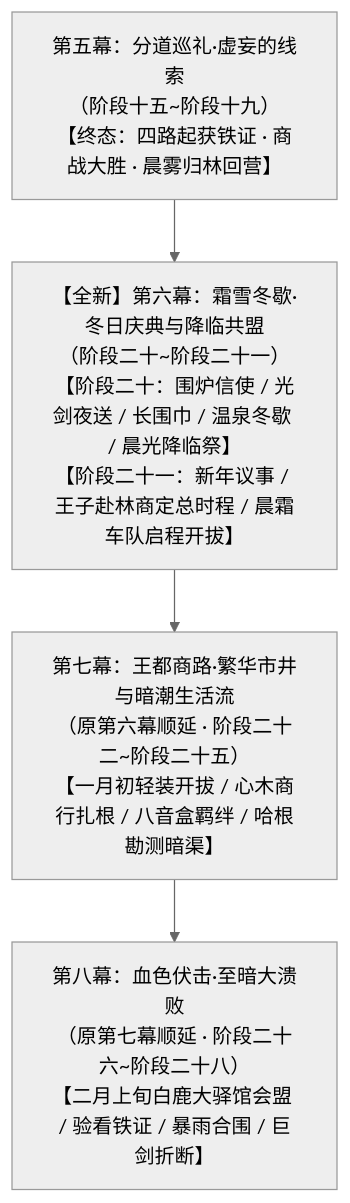
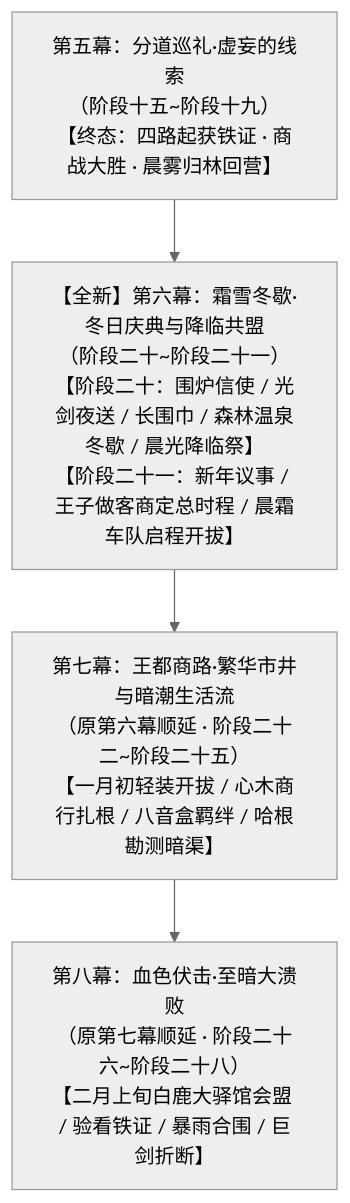
Before and after one commit to soranokiseki1437/eldoria-worldbook: the diagram in 方案/第二部/临时方案_全新第六幕_霜雪冬歇与降临共盟_总体规划方案.md, drawn with Mermaid (neutral theme). The commit also changed other lines of this file, not shown here.

````diff
--- a/方案/第二部/临时方案_全新第六幕_霜雪冬歇与降临共盟_总体规划方案.md
+++ b/方案/第二部/临时方案_全新第六幕_霜雪冬歇与降临共盟_总体规划方案.md
@@ -34,6 +34,6 @@
 ```mermaid
 graph TD
-    A["第五幕：分道巡礼·虚妄的线索<br>（阶段十五~阶段十九）<br>【终态：四路起获铁证 · 商战大胜 · 晨雾归林回营】"] --> B["【全新】第六幕：霜雪冬歇·冬日庆典与降临共盟<br>（阶段二十~阶段二十一）<br>【阶段二十：围炉信使 / 光剑夜送 / 长围巾 / 温泉冬歇 / 晨光降临祭】<br>【阶段二十一：新年议事 / 王子赴林商定总时程 / 晨霜车队启程开拔】"]
+    A["第五幕：分道巡礼·虚妄的线索<br>（阶段十五~阶段十九）<br>【终态：四路起获铁证 · 商战大胜 · 晨雾归林回营】"] --> B["【全新】第六幕：霜雪冬歇·冬日庆典与降临共盟<br>（阶段二十~阶段二十一）<br>【阶段二十：围炉信使 / 光剑夜送 / 长围巾 / 森林温泉冬歇 / 晨光降临祭】<br>【阶段二十一：新年议事 / 王子做客商定总时程 / 晨霜车队启程开拔】"]
     B --> C["第七幕：王都商路·繁华市井与暗潮生活流<br>（原第六幕顺延 · 阶段二十二~阶段二十五）<br>【一月初轻装开拔 / 心木商行扎根 / 八音盒羁绊 / 哈根勘测暗渠】"]
     C --> D["第八幕：血色伏击·至暗大溃败<br>（原第七幕顺延 · 阶段二十六~阶段二十八）<br>【二月上旬白鹿大驿馆会盟 / 验看铁证 / 暴雨合围 / 巨剑折断】"]
 ```
````
